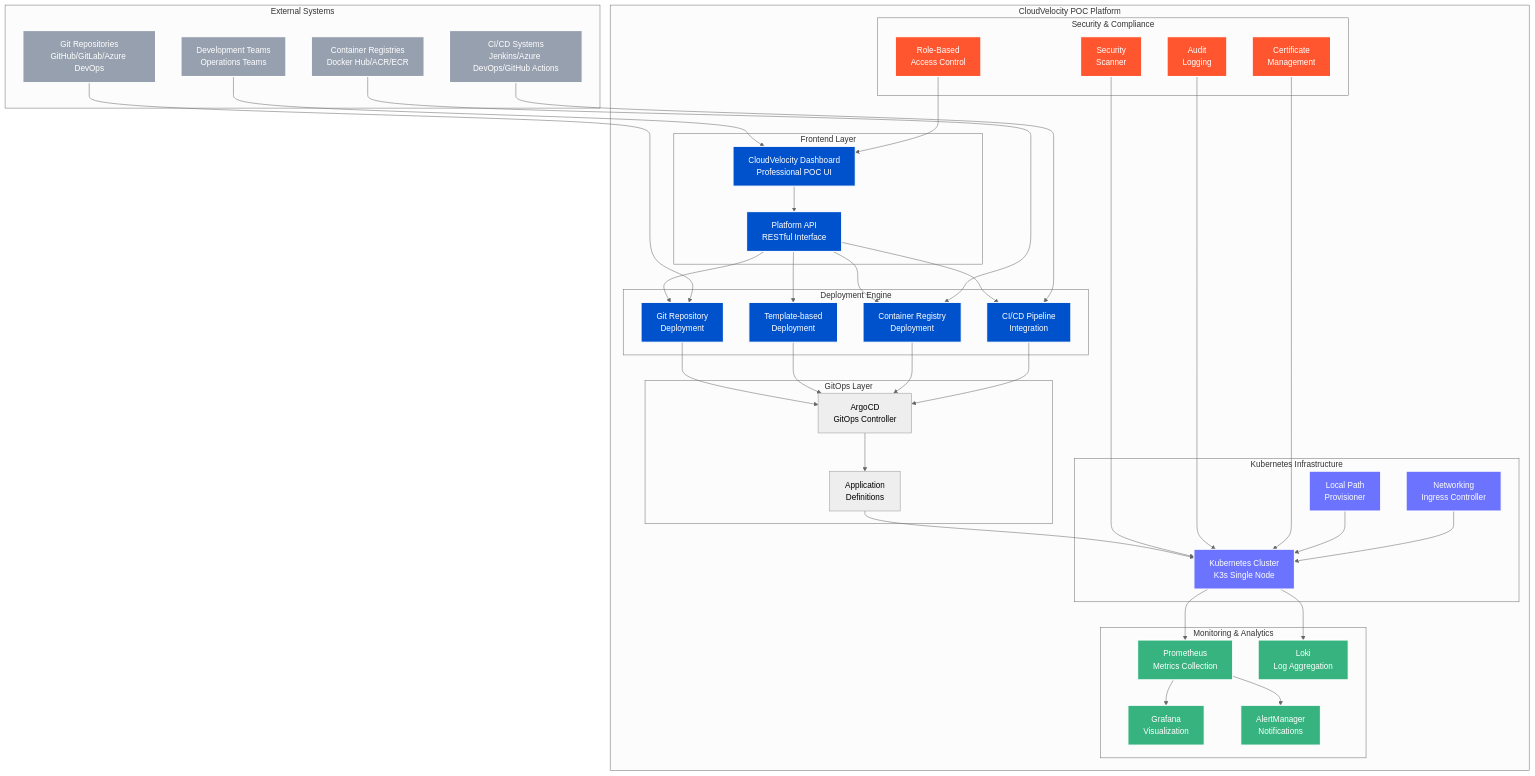
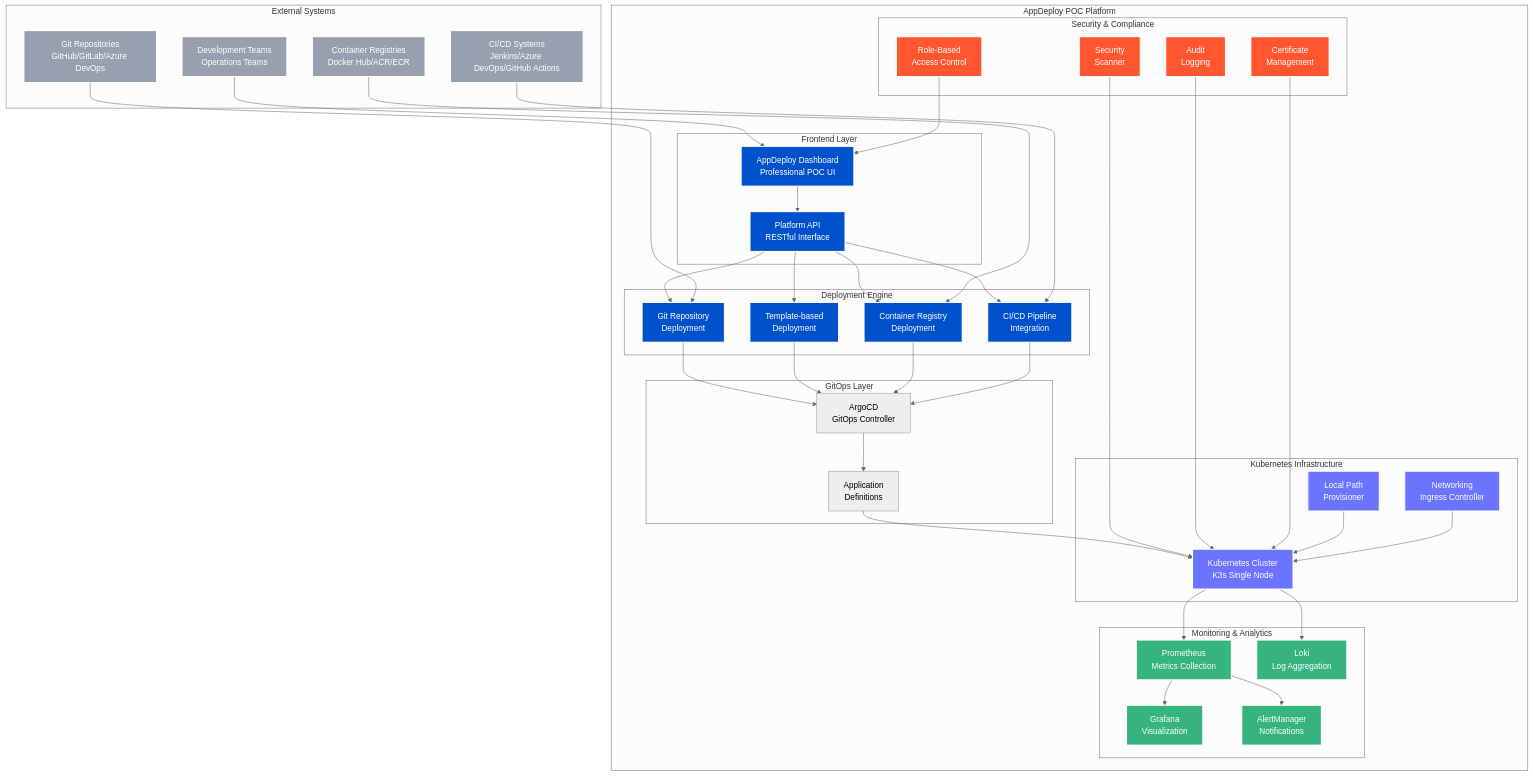
Before and after one commit to arnabdey73/single-node-gitops: the diagram in docs/platform-architecture.md, drawn with Mermaid (neutral theme). The commit also changed other lines of this file and 15 other files, not shown here.

First line of the commit message:
feat: Add enhanced health check script for AppDeploy platform

````diff
--- a/docs/platform-architecture.md
+++ b/docs/platform-architecture.md
@@ -9,8 +9,8 @@
 ```mermaid
 graph TB
-    subgraph "CloudVelocity POC Platform"
+    subgraph "AppDeploy POC Platform"
         subgraph "Frontend Layer"
-            UI[CloudVelocity Dashboard<br/>Professional POC UI]
+            UI[AppDeploy Dashboard<br/>Professional POC UI]
             API[Platform API<br/>RESTful Interface]
         end
         
````
